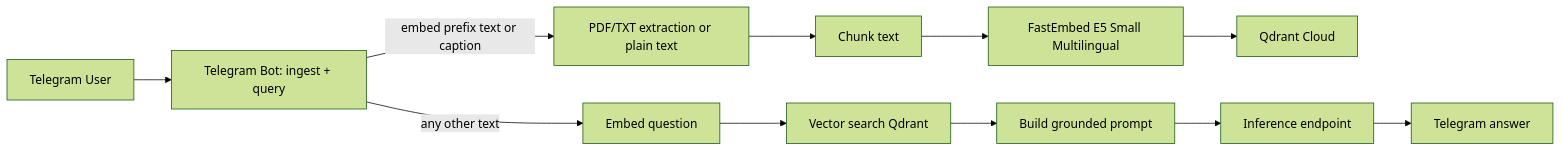
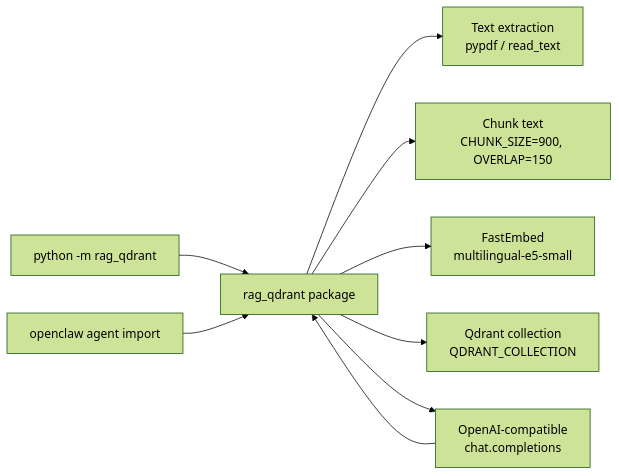
One commit to A-I-M-S/skill-rag-qdrant changed the diagram in README.md. Above: the diagram before and after it, drawn with Mermaid (forest theme). The commit also changed other lines of this file and 22 other files, not shown here.

First line of the commit message:
Reorient skill-rag-qdrant as a native openclaw skill, drop Telegram bot

````diff
--- a/README.md
+++ b/README.md
@@ -7,13 +27,11 @@
 ```mermaid
 flowchart LR
-  U[Telegram User] --> B[Telegram Bot: ingest + query]
-  B -- "embed prefix text or caption" --> X[PDF/TXT extraction or plain text]
-  X --> C[Chunk text]
-  C --> D[FastEmbed E5 Small Multilingual]
-  D --> E[Qdrant Cloud]
-  B -- "any other text" --> G[Embed question]
-  G --> H[Vector search Qdrant]
-  H --> I[Build grounded prompt]
-  I --> J[Inference endpoint]
-  J --> K[Telegram answer]
+  CLI[python -m rag_qdrant] --> A[rag_qdrant package]
+  API[openclaw agent import] --> A
+  A --> T[Text extraction<br/>pypdf / read_text]
+  A --> C[Chunk text<br/>CHUNK_SIZE=900, OVERLAP=150]
+  A --> E[FastEmbed<br/>multilingual-e5-small]
+  A --> Q[Qdrant collection<br/>QDRANT_COLLECTION]
+  A --> I[OpenAI-compatible<br/>chat.completions]
+  I --> A
 ```
````
